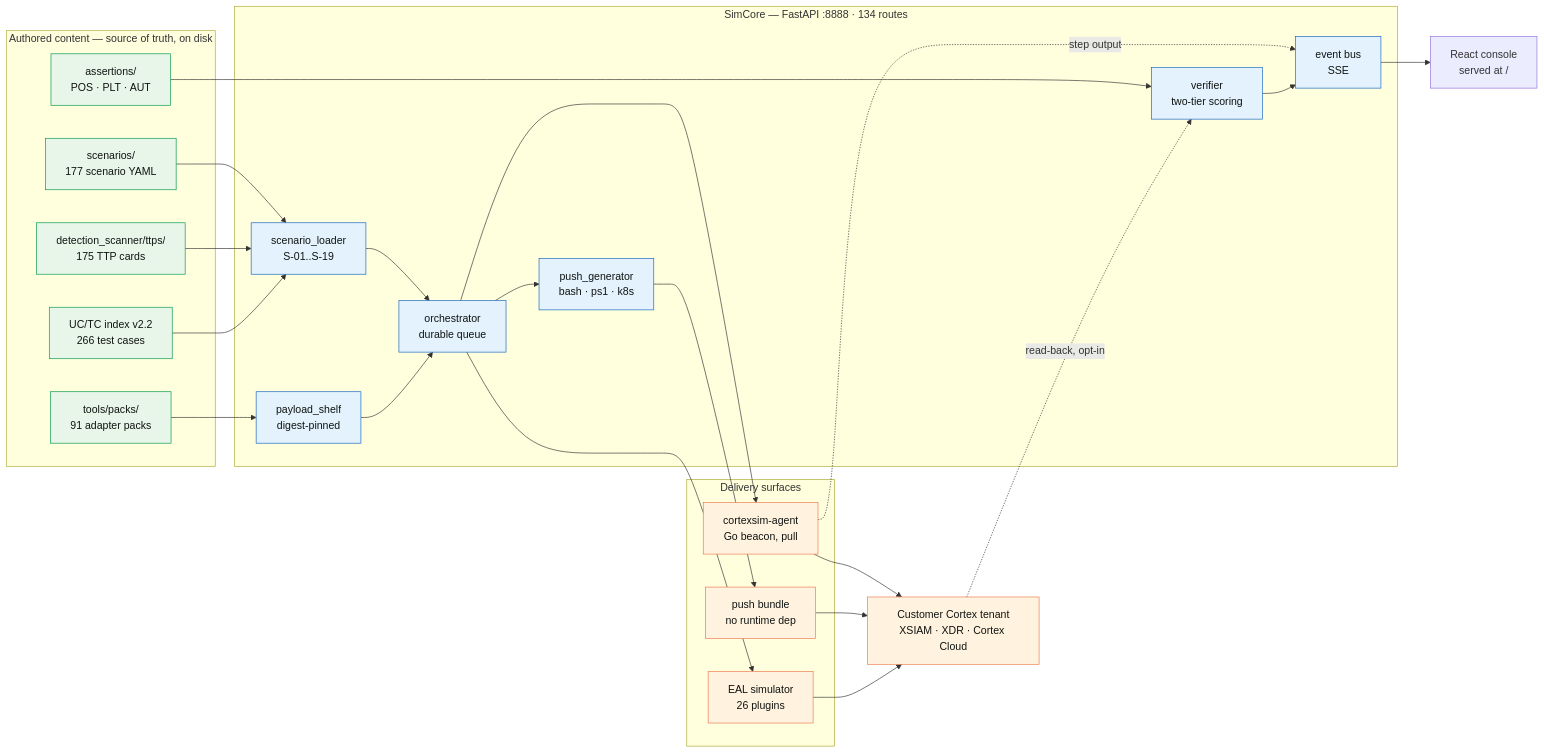
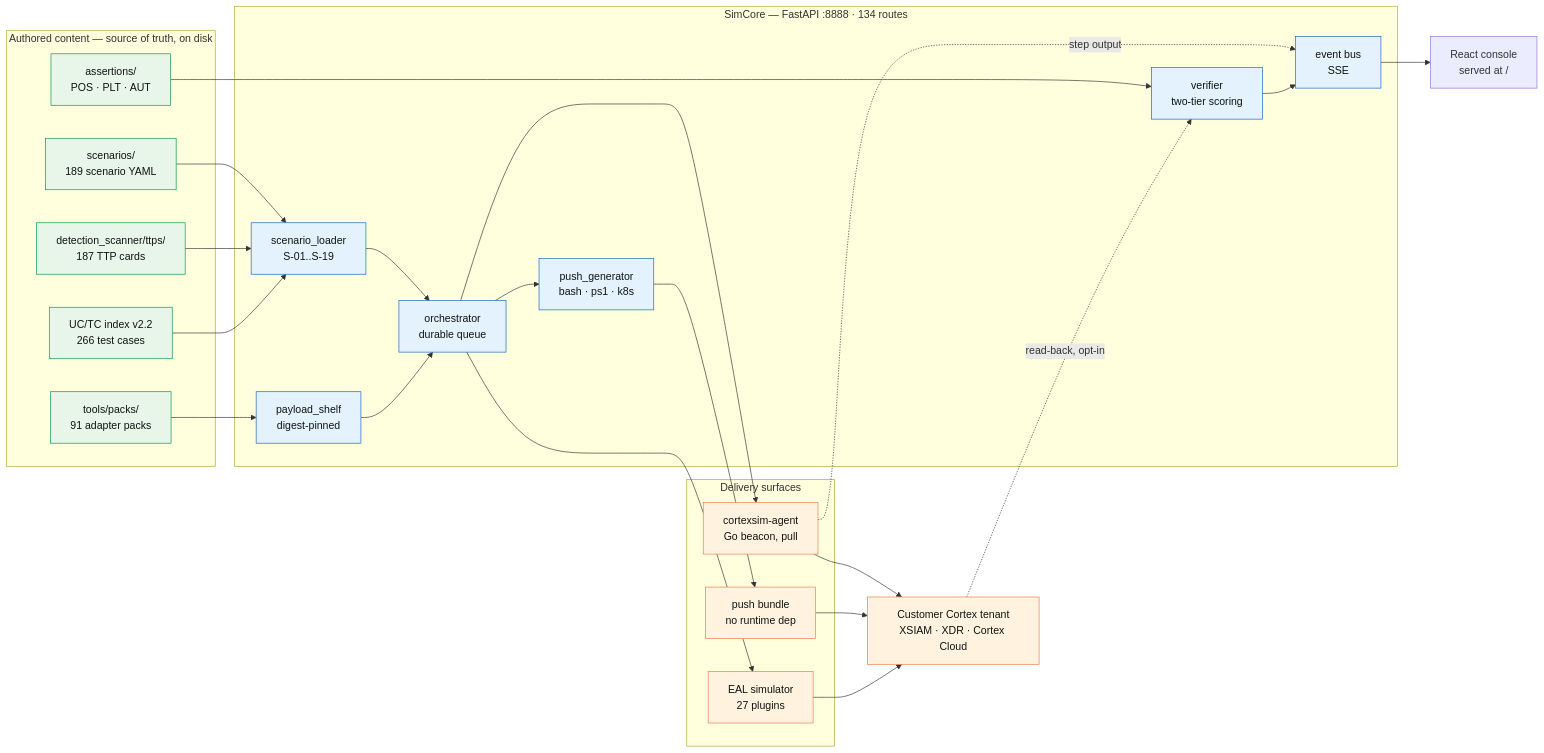
The first of 6 diagrams in README.md (hankthebldr/cortex-pov-engine), drawn with Mermaid before and after one commit. The commit also changed other lines of this file and 6 other files, not shown here.

````diff
--- a/README.md
+++ b/README.md
@@ -193,54 +193,54 @@
 ```mermaid
 flowchart LR
     subgraph AUTHOR["Authored content — source of truth, on disk"]
-        SC["scenarios/<br/>177 scenario YAML"]
-        TTP["detection_scanner/ttps/<br/>175 TTP cards"]
+        SC["scenarios/<br/>189 scenario YAML"]
+        TTP["detection_scanner/ttps/<br/>187 TTP cards"]
         ASRT["assertions/<br/>POS · PLT · AUT"]
         PACK["tools/packs/<br/>91 adapter packs"]
         IDX["UC/TC index v2.2<br/>266 test cases"]
     end
 
     subgraph CORE["SimCore — FastAPI :8888 · 134 routes"]
         LOAD["scenario_loader<br/>S-01..S-19"]
         ORCH["orchestrator<br/>durable queue"]
         SHELF["payload_shelf<br/>digest-pinned"]
         VERIF["verifier<br/>two-tier scoring"]
         BUS["event bus<br/>SSE"]
         PUSH["push_generator<br/>bash · ps1 · k8s"]
     end
 
     subgraph EXEC["Delivery surfaces"]
         AGENT["cortexsim-agent<br/>Go beacon, pull"]
         BUNDLE["push bundle<br/>no runtime dep"]
-        EAL["EAL simulator<br/>26 plugins"]
+        EAL["EAL simulator<br/>27 plugins"]
     end
 
     TENANT["Customer Cortex tenant<br/>XSIAM · XDR · Cortex Cloud"]
     UI["React console<br/>served at /"]
 
     SC --> LOAD
     TTP --> LOAD
     PACK --> SHELF
     IDX --> LOAD
     ASRT --> VERIF
     LOAD --> ORCH
     SHELF --> ORCH
     ORCH --> AGENT
     ORCH --> PUSH
     PUSH --> BUNDLE
     ORCH --> EAL
     AGENT --> TENANT
     BUNDLE --> TENANT
     EAL --> TENANT
     AGENT -. "step output" .-> BUS
     BUS --> UI
     TENANT -. "read-back, opt-in" .-> VERIF
     VERIF --> BUS
 
     classDef src fill:#e8f5e9,stroke:#00994d,color:#101411
     classDef eng fill:#e3f2fd,stroke:#1565c0,color:#101411
     classDef out fill:#fff3e0,stroke:#e87a4f,color:#101411
     class SC,TTP,ASRT,PACK,IDX src
     class LOAD,ORCH,SHELF,VERIF,BUS,PUSH eng
     class AGENT,BUNDLE,EAL,TENANT out
 ```
````
